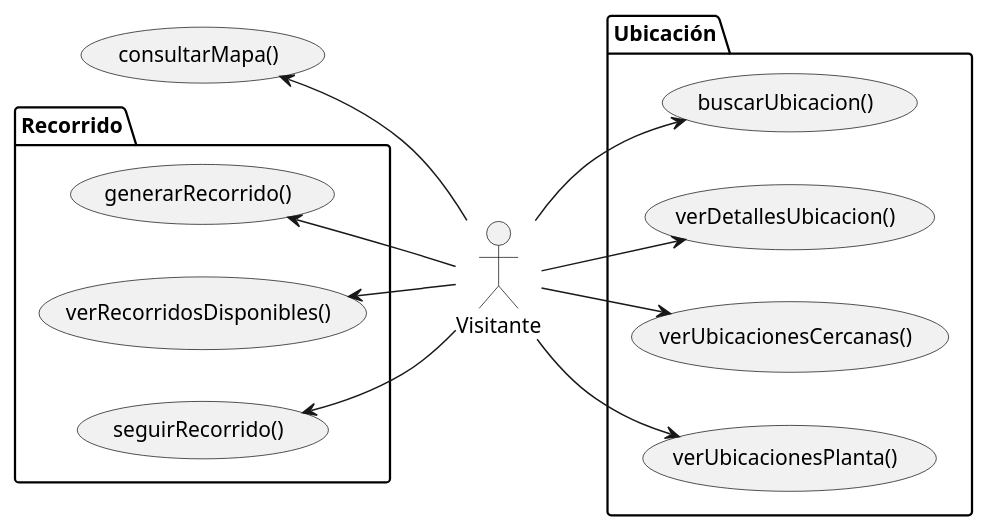
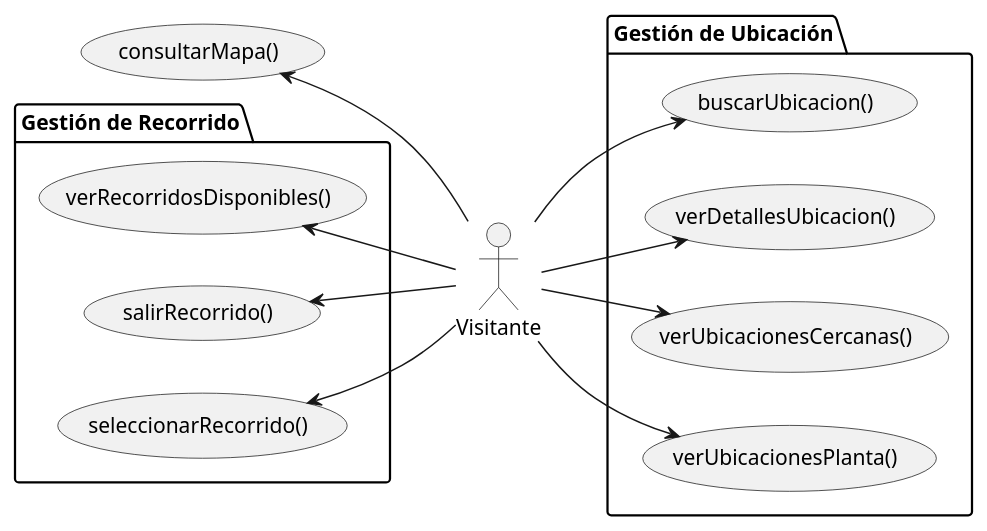
The diagram in documentos/01-casoDeUso/1-CasoDeUso/visitanteCasosDeUso.puml (Camila-Lesly/25-26-idsw1-sdr), drawn with PlantUML before and after one commit. The commit also changed 2 other files, not shown here.

```diff
--- a/documentos/01-casoDeUso/1-CasoDeUso/visitanteCasosDeUso.puml
+++ b/documentos/01-casoDeUso/1-CasoDeUso/visitanteCasosDeUso.puml
@@ -1,32 +1,32 @@
 @startuml
 
 left to right direction
 
 actor "Visitante" as visitante
 
 usecase consultarMapa as "consultarMapa()"
 
-package "Ubicación"{
+package "Gestión de Ubicación"{
     usecase buscarUbicacion as "buscarUbicacion()"
     usecase verDetallesUbicación as "verDetallesUbicacion()"
     usecase verUbicacionesCercanas as "verUbicacionesCercanas()"
     usecase verUbicacionesPlanta as "verUbicacionesPlanta()"
 }
 
-package "Recorrido"{
-    usecase generarRecorrido as "generarRecorrido()"
+package "Gestión de Recorrido"{
     usecase verRecorridosDisponibles as "verRecorridosDisponibles()"
-    usecase seguirRecorrido as "seguirRecorrido()"
+    usecase salirrRecorrido as "salirRecorrido()"
+    usecase seleccionarRecorrido as "seleccionarRecorrido()"
 }
 
 visitante -up-> (consultarMapa)
 
 visitante --> (buscarUbicacion)
 visitante --> (verDetallesUbicación)
 visitante --> (verUbicacionesCercanas)
 visitante --> (verUbicacionesPlanta)
 
-(generarRecorrido) <-- visitante
+(seleccionarRecorrido) <-- visitante
 (verRecorridosDisponibles) <-- visitante
-(seguirRecorrido) <-- visitante
+(salirrRecorrido) <-- visitante
 @enduml
```
